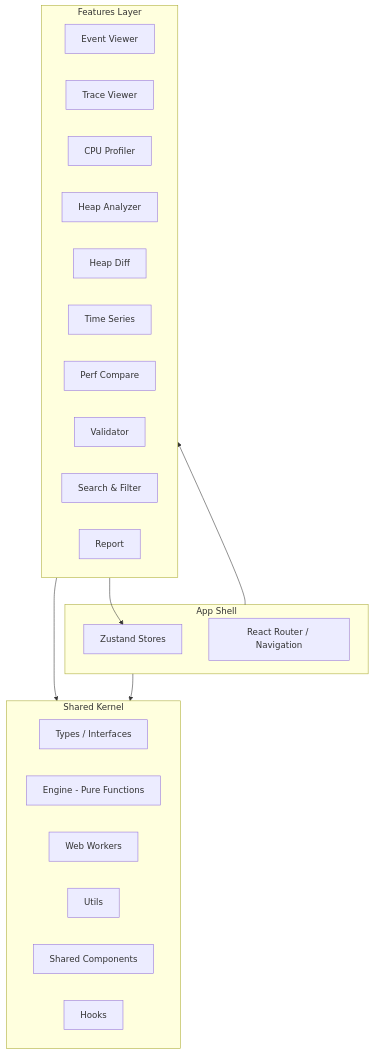
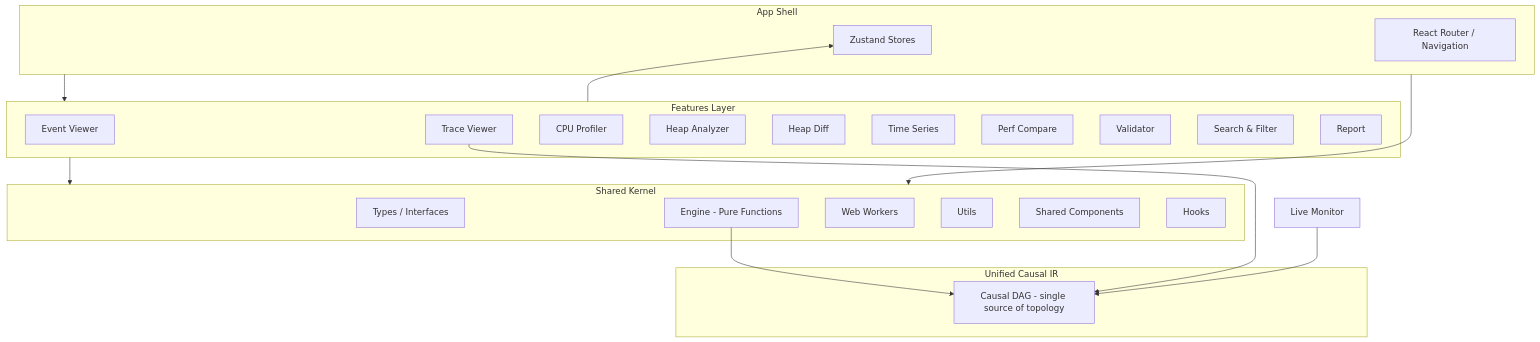
One commit to Kayetendencious431/NodeVerdict changed the second of 2 diagrams in README.md. Above: the diagram before and after it, drawn with Mermaid. The commit also changed other lines of this file and 12 other files, not shown here.

````diff
--- a/README.md
+++ b/README.md
@@ -582,34 +582,41 @@
 ```mermaid
 graph TB
     subgraph UI["App Shell"]
         S[Zustand Stores]
         R[React Router / Navigation]
     end
 
     subgraph FE["Features Layer"]
         EV[Event Viewer]
         TV[Trace Viewer]
         CP[CPU Profiler]
         HA[Heap Analyzer]
         HD[Heap Diff]
         TS[Time Series]
         PC[Perf Compare]
         VL[Validator]
         SF[Search & Filter]
         RP[Report]
     end
 
     subgraph SH["Shared Kernel"]
         T[Types / Interfaces]
         E[Engine - Pure Functions]
         W[Web Workers]
         U[Utils]
         C[Shared Components]
         H[Hooks]
     end
 
+    subgraph IR["Unified Causal IR"]
+        CG[Causal DAG - single source of topology]
+    end
+
     FE --> S
     FE --> SH
     UI --> FE
     UI --> SH
+    E --> CG
+    TV --> CG
+    LM[Live Monitor] --> CG
 ```
````
